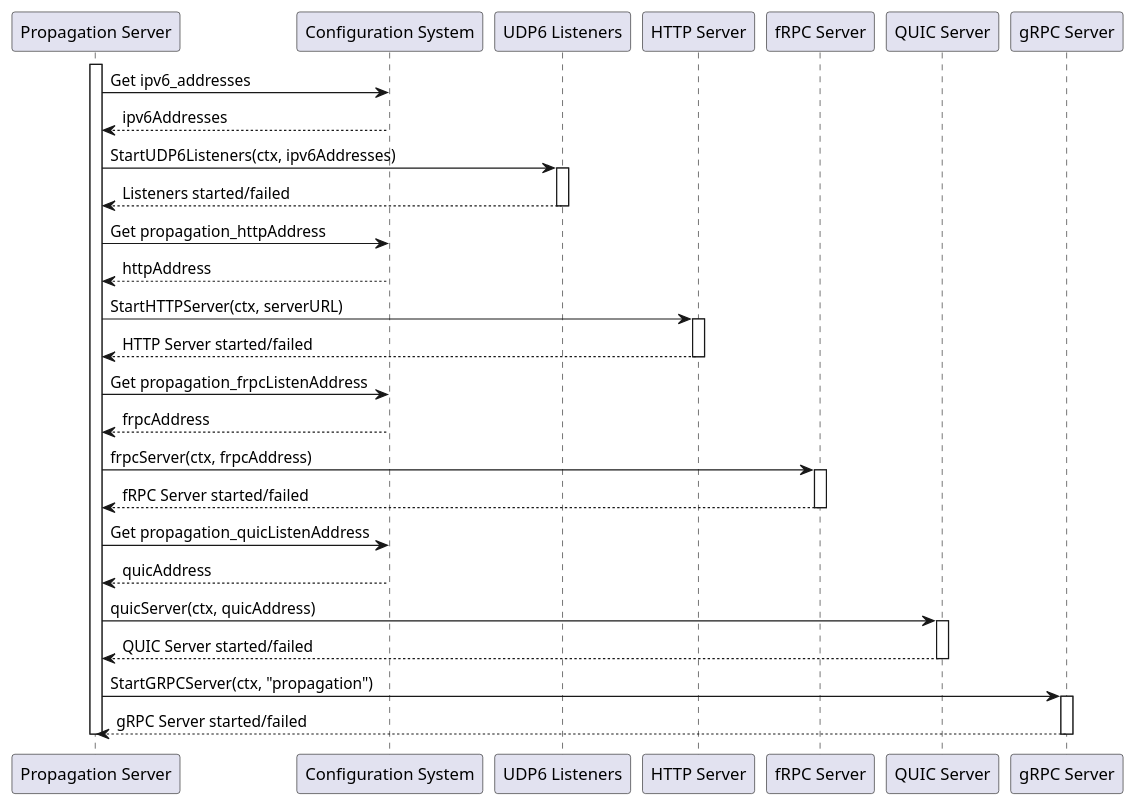
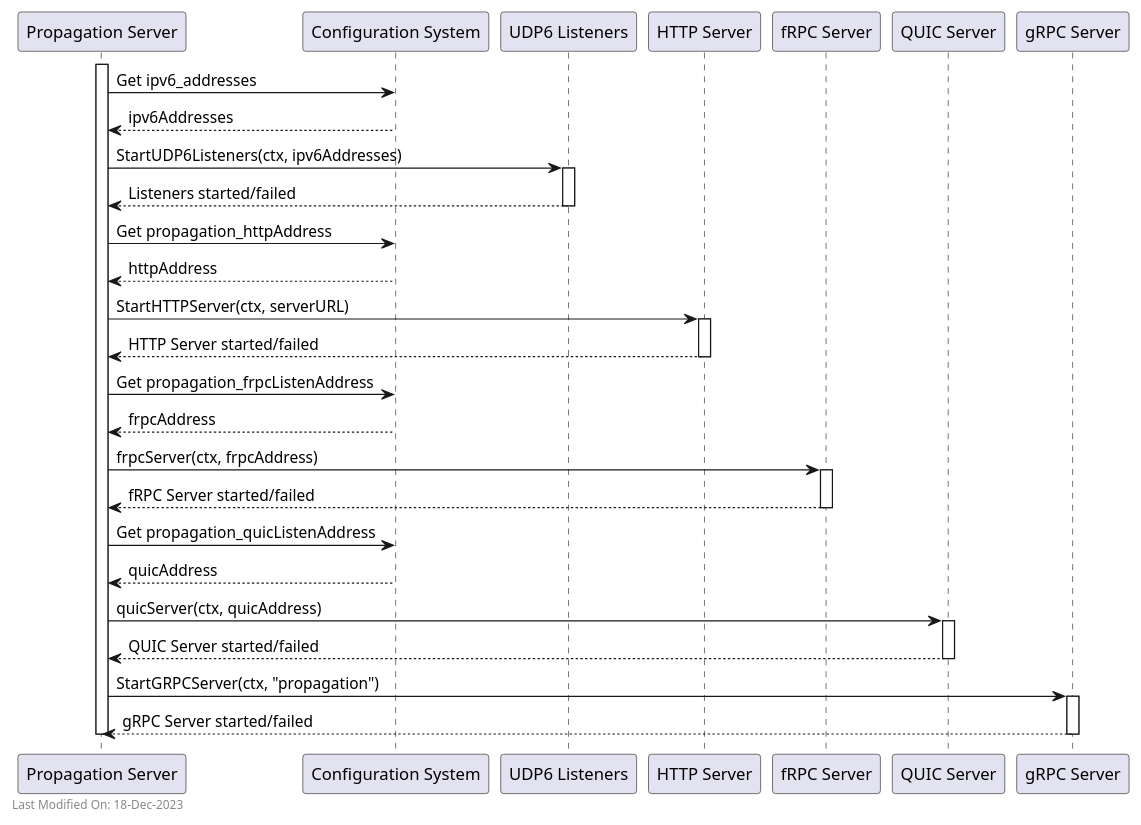
One commit to freemans13/teranode changed the diagram in docs/services/img/plantuml/propagation/propagation_startup.puml. Above: the diagram before and after it, drawn with PlantUML. The commit also changed 151 other files, not shown here.

Commit message:
Documentation - Correct PlantUML diagrams and timestamp them for traceability

```diff
--- a/docs/services/img/plantuml/propagation/propagation_startup.puml
+++ b/docs/services/img/plantuml/propagation/propagation_startup.puml
@@ -1,48 +1,50 @@
 @startuml
 
 participant "Propagation Server" as Server
 participant "Configuration System" as Config
 participant "UDP6 Listeners" as UDP6
 participant "HTTP Server" as HTTP
 participant "fRPC Server" as fRPC
 participant "QUIC Server" as QUIC
 participant "gRPC Server" as gRPC
 
 activate Server
 
 Server -> Config: Get ipv6_addresses
 Config --> Server: ipv6Addresses
 Server -> UDP6: StartUDP6Listeners(ctx, ipv6Addresses)
 activate UDP6
 UDP6 --> Server: Listeners started/failed
 deactivate UDP6
 
 Server -> Config: Get propagation_httpAddress
 Config --> Server: httpAddress
 Server -> HTTP: StartHTTPServer(ctx, serverURL)
 activate HTTP
 HTTP --> Server: HTTP Server started/failed
 deactivate HTTP
 
 Server -> Config: Get propagation_frpcListenAddress
 Config --> Server: frpcAddress
 Server -> fRPC: frpcServer(ctx, frpcAddress)
 activate fRPC
 fRPC --> Server: fRPC Server started/failed
 deactivate fRPC
 
 Server -> Config: Get propagation_quicListenAddress
 Config --> Server: quicAddress
 Server -> QUIC: quicServer(ctx, quicAddress)
 activate QUIC
 QUIC --> Server: QUIC Server started/failed
 deactivate QUIC
 
 Server -> gRPC: StartGRPCServer(ctx, "propagation")
 activate gRPC
 gRPC --> Server: gRPC Server started/failed
 deactivate gRPC
 
 deactivate Server
 
+left footer Last Modified On: 18-Dec-2023
+
 @enduml
```
